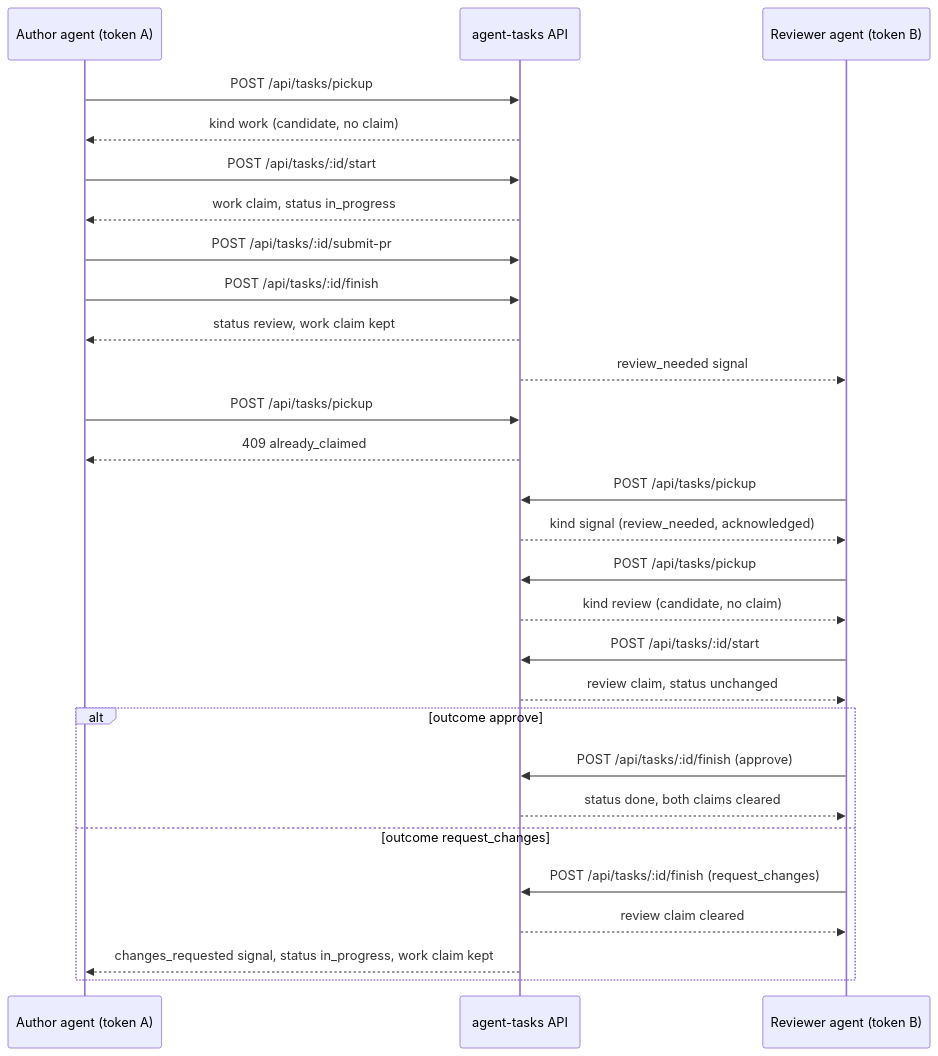
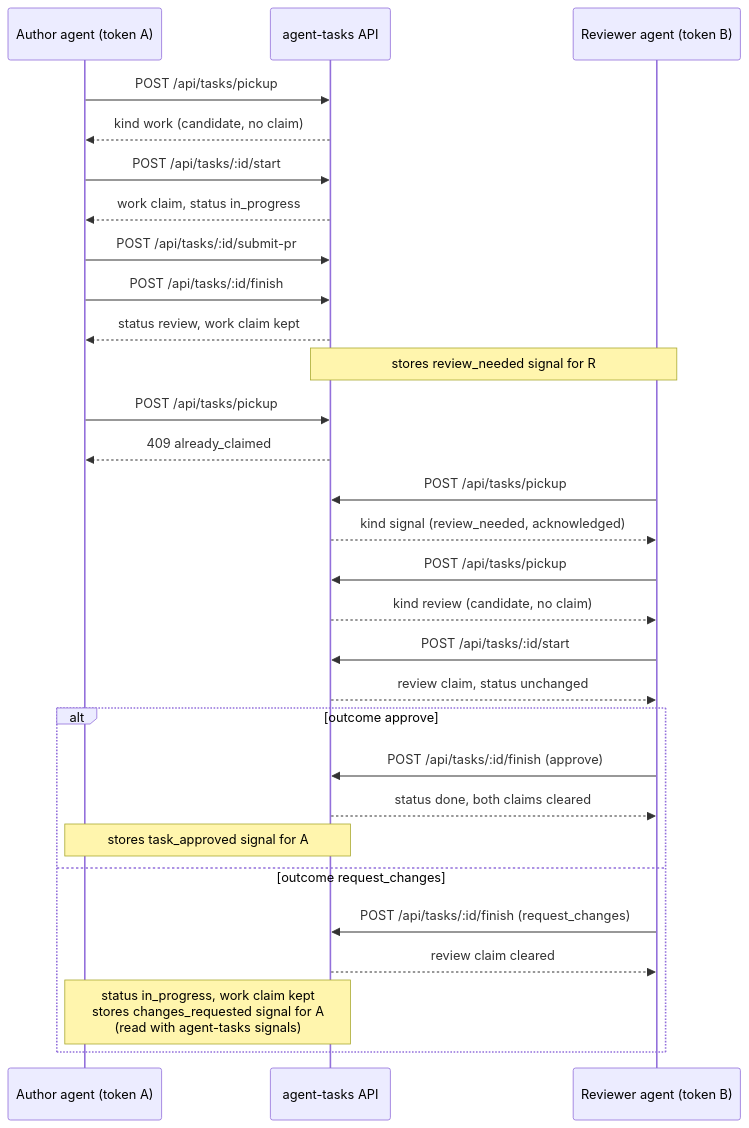
The diagram in cli/docs/workflows.md (LanNguyenSi/agent-tasks), drawn with Mermaid before and after one commit. The commit also changed other lines of this file, not shown here.

Commit message:
docs(cli): show stored signals as notes in the review sequence
The review sequence in cli/docs/workflows.md drew the review_needed and
changes_requested signals as replies to an agent that made no call. The
API stores signals per recipient; the reviewer reads review_needed on its
next pickup, and the author reads changes_requested with
`agent-tasks signals`, since its own pickup still answers 409 while it
holds the work claim. Both are now notes, the approve branch shows the
task_approved signal stored for the author, and the paragraph above the
diagram says the author's pickup answers 409 until the task reaches done,
not until the review finishes.

````diff
--- a/cli/docs/workflows.md
+++ b/cli/docs/workflows.md
@@ -40,30 +40,31 @@
 ```mermaid
 sequenceDiagram
   participant A as Author agent (token A)
   participant API as agent-tasks API
   participant R as Reviewer agent (token B)
   A->>API: POST /api/tasks/pickup
   API-->>A: kind work (candidate, no claim)
   A->>API: POST /api/tasks/:id/start
   API-->>A: work claim, status in_progress
   A->>API: POST /api/tasks/:id/submit-pr
   A->>API: POST /api/tasks/:id/finish
   API-->>A: status review, work claim kept
-  API-->>R: review_needed signal
+  Note over API,R: stores review_needed signal for R
   A->>API: POST /api/tasks/pickup
   API-->>A: 409 already_claimed
   R->>API: POST /api/tasks/pickup
   API-->>R: kind signal (review_needed, acknowledged)
   R->>API: POST /api/tasks/pickup
   API-->>R: kind review (candidate, no claim)
   R->>API: POST /api/tasks/:id/start
   API-->>R: review claim, status unchanged
   alt outcome approve
     R->>API: POST /api/tasks/:id/finish (approve)
     API-->>R: status done, both claims cleared
+    Note over A,API: stores task_approved signal for A
   else outcome request_changes
     R->>API: POST /api/tasks/:id/finish (request_changes)
     API-->>R: review claim cleared
-    API-->>A: changes_requested signal, status in_progress, work claim kept
+    Note over A,API: status in_progress, work claim kept<br/>stores changes_requested signal for A<br/>(read with agent-tasks signals)
   end
 ```
````
